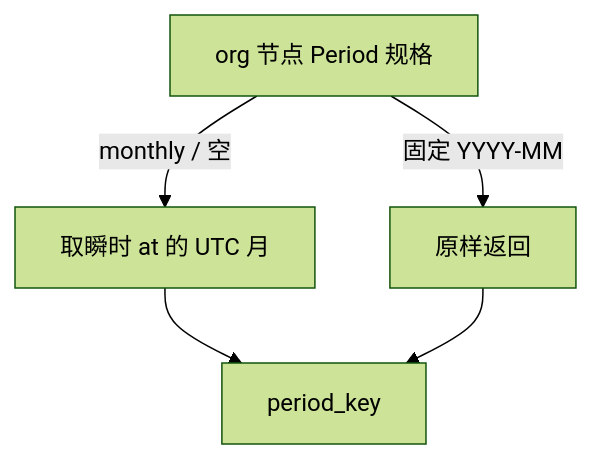
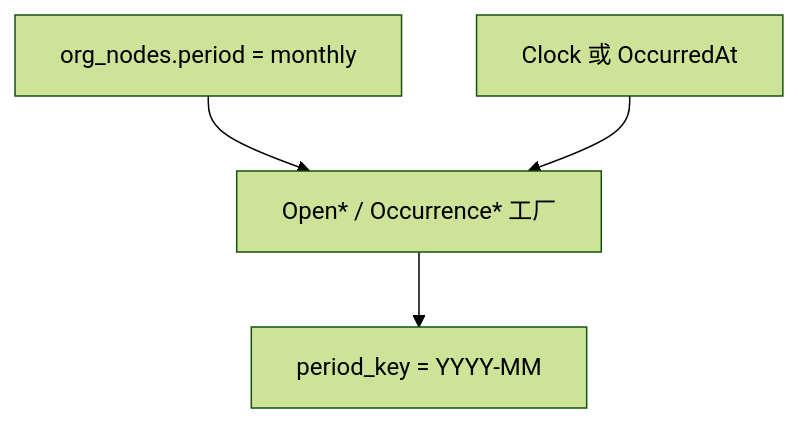
The fifth of 9 diagrams in docs/Backend-业务时钟与账期.md (quyip8818/mytokenjoy), drawn with Mermaid (forest theme) before and after one commit. The commit also changed other lines of this file and 7 other files, not shown here.

````diff
--- a/docs/Backend-业务时钟与账期.md
+++ b/docs/Backend-业务时钟与账期.md
@@ -126,8 +135,7 @@
 ```mermaid
 flowchart TD
-  Spec[org 节点 Period 规格]
-  Spec -->|monthly / 空| At[取瞬时 at 的 UTC 月]
-  Spec -->|固定 YYYY-MM| Fix[原样返回]
-  At --> Key[period_key]
-  Fix --> Key
+  DB["org_nodes.period = monthly"]
+  DB --> Factory[Open* / Occurrence* 工厂]
+  CLK[Clock 或 OccurredAt] --> Factory
+  Factory --> Key["period_key = YYYY-MM"]
 ```
````
